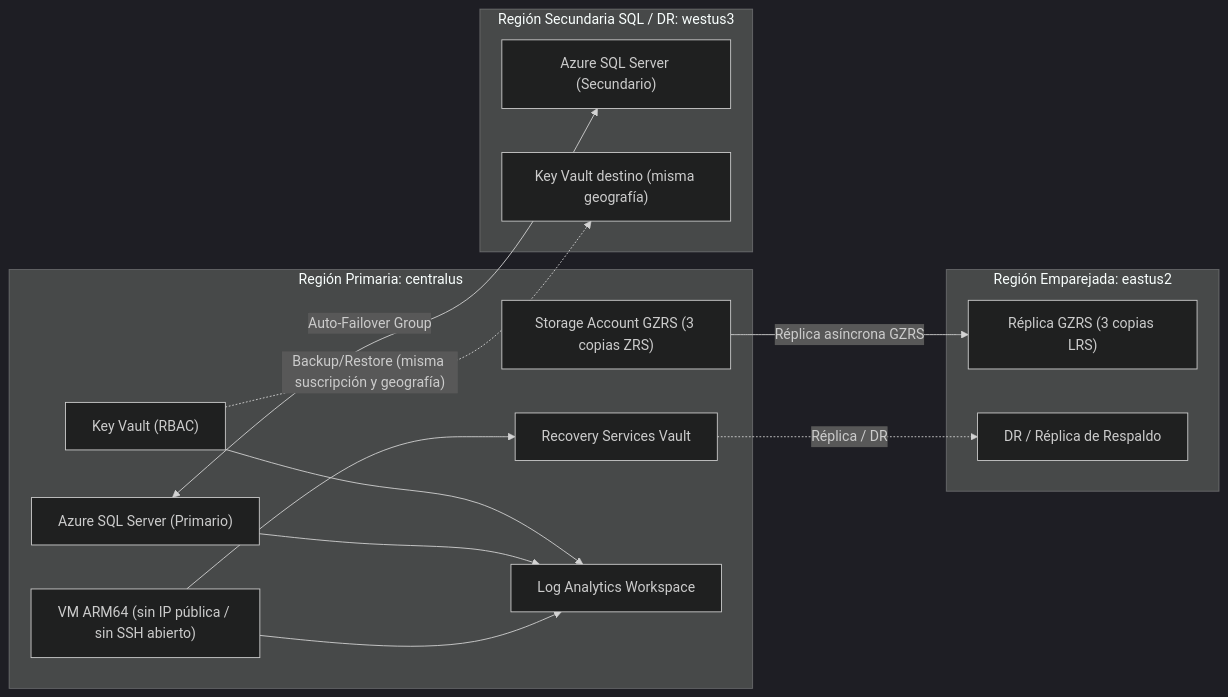
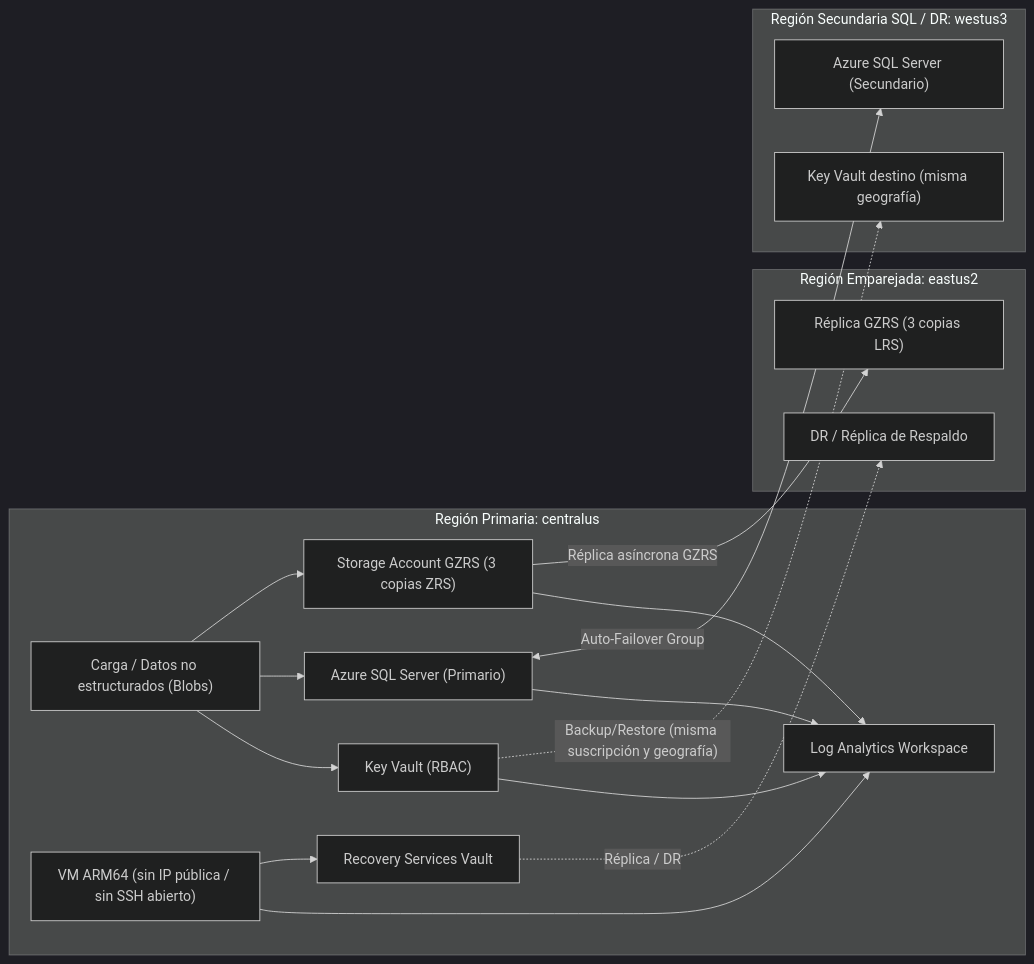
The diagram in 01-bcdr-sql-backup-keyvault/README.md (gcampos98/azure-az305-architecture-labs), drawn with Mermaid (dark theme) before and after one commit.

Commit message:
Update README.md with additional APP connections
Added connections for APP to SQL1 and KV1 in the diagram.

````diff
--- a/01-bcdr-sql-backup-keyvault/README.md
+++ b/01-bcdr-sql-backup-keyvault/README.md
@@ -10,30 +10,35 @@
 ```mermaid
 flowchart LR
     subgraph PRI["Región Primaria: centralus"]
+        APP["Carga / Datos no estructurados (Blobs)"]
         VM["VM ARM64 (sin IP pública / sin SSH abierto)"]
         RSV["Recovery Services Vault"]
         SQL1["Azure SQL Server (Primario)"]
         KV1["Key Vault (RBAC)"]
         STG1["Storage Account GZRS (3 copias ZRS)"]
         LAW["Log Analytics Workspace"]
     end
 
     subgraph PAIR["Región Emparejada: eastus2"]
         STG2["Réplica GZRS (3 copias LRS)"]
         BK_PAIR["DR / Réplica de Respaldo"]
     end
 
     subgraph SEC["Región Secundaria SQL / DR: westus3"]
         SQL2["Azure SQL Server (Secundario)"]
         KV2["Key Vault destino (misma geografía)"]
     end
 
+    APP --> STG1
     VM --> RSV
     RSV -. "Réplica / DR" .-> BK_PAIR
     SQL1 <-->|"Auto-Failover Group"| SQL2
     STG1 -->|"Réplica asíncrona GZRS"| STG2
     KV1 -. "Backup/Restore (misma suscripción y geografía)" .-> KV2
+    APP --> SQL1
+    APP --> KV1
+    STG1 --> LAW
     VM --> LAW
     SQL1 --> LAW
     KV1 --> LAW
 ```
````
